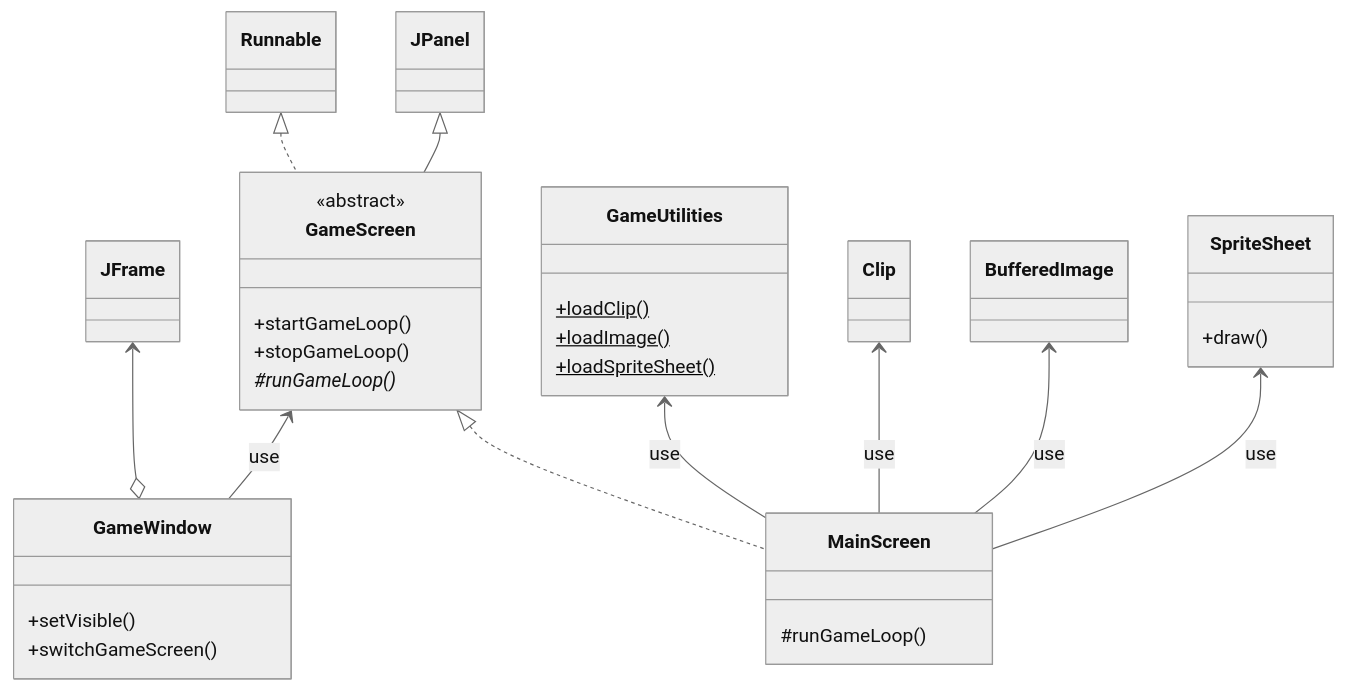
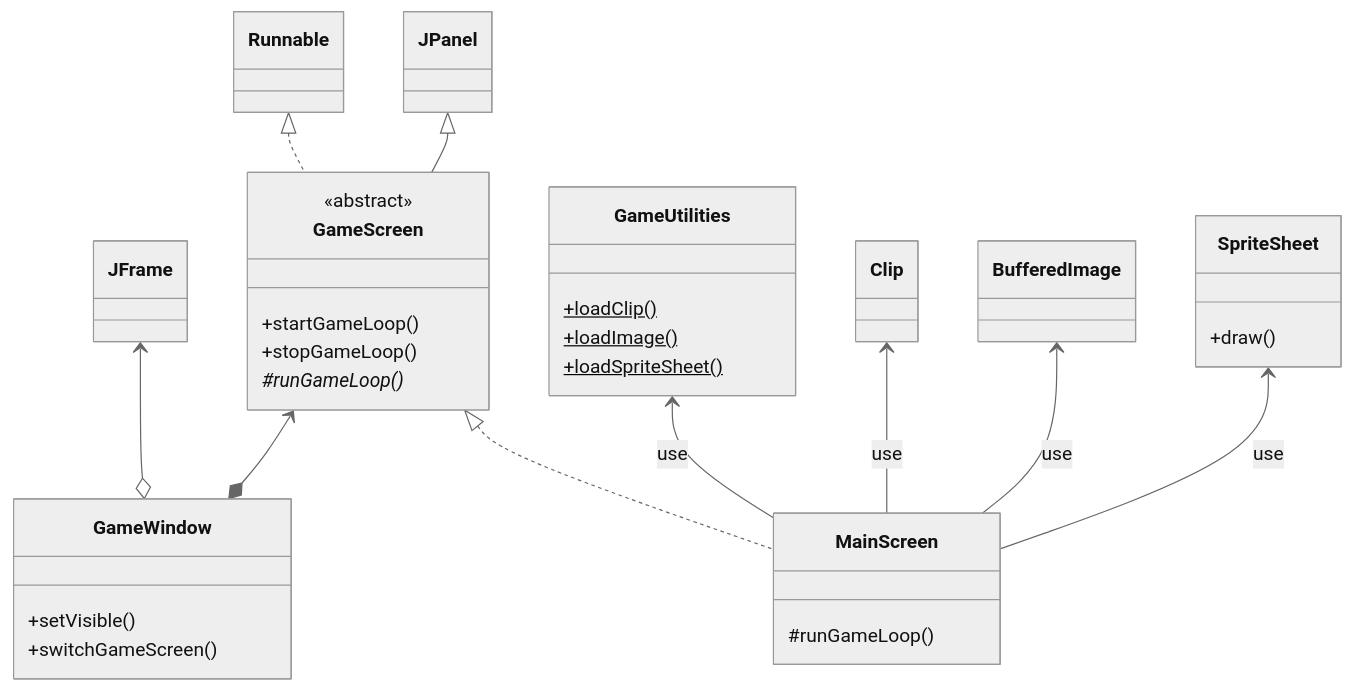
Before and after one commit to mpp0xdd/JGLib: the diagram in README.md, drawn with Mermaid (neutral theme).

````diff
--- a/README.md
+++ b/README.md
@@ -3,33 +3,33 @@
 ```mermaid
 classDiagram
   JFrame <--o GameWindow
   JPanel <|-- GameScreen
   Runnable <|.. GameScreen
   GameScreen <|.. MainScreen
-  GameScreen <-- GameWindow : use
+  GameScreen <--* GameWindow
   GameUtilities <-- MainScreen : use
   Clip <-- MainScreen :use
   BufferedImage <-- MainScreen : use
   SpriteSheet <-- MainScreen :use
   class GameWindow {
     +setVisible()
     +switchGameScreen()
   }
   class GameScreen {
     <<abstract>>
     +startGameLoop()
     +stopGameLoop()
     #runGameLoop()*
   }
   class MainScreen {
     #runGameLoop()
   }
   class GameUtilities {
     +loadClip()$
     +loadImage()$
     +loadSpriteSheet()$
   }
   class SpriteSheet {
     +draw()
   }
 ```
````
